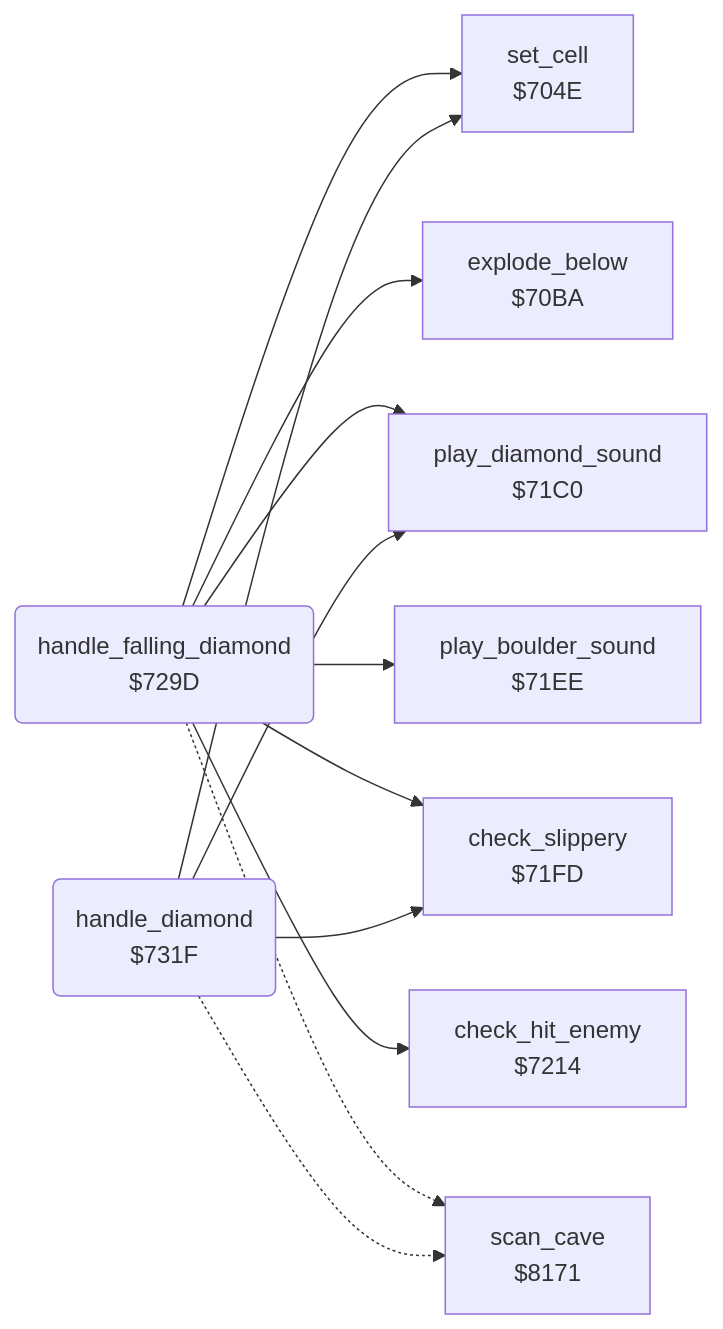
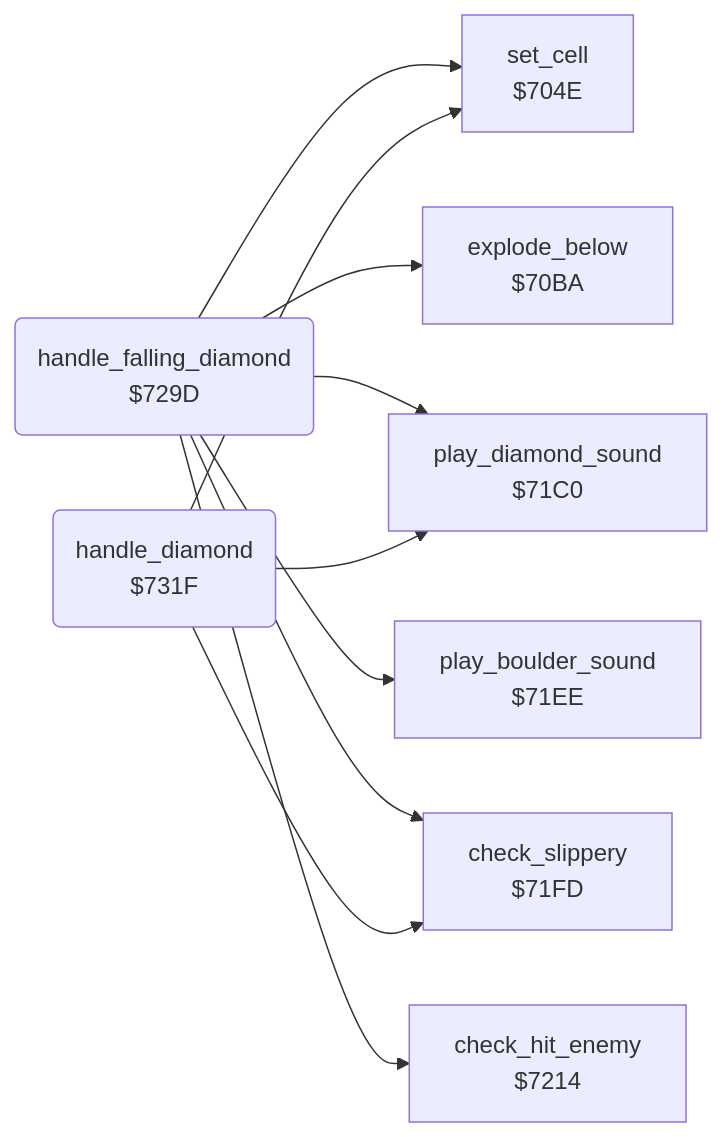
Before and after one commit to henols/c64_games: the diagram in boulder_dash/v2/docs/reference/modules/engine/diamond.md, drawn with Mermaid. The commit also changed other lines of this file and 1100 other files, not shown here.

````diff
--- a/boulder_dash/v2/docs/reference/modules/engine/diamond.md
+++ b/boulder_dash/v2/docs/reference/modules/engine/diamond.md
@@ -10,23 +17,20 @@
 ```mermaid
 flowchart LR
   n704e["set_cell<br/>$704E"]
   n70ba["explode_below<br/>$70BA"]
   n71c0["play_diamond_sound<br/>$71C0"]
   n71ee["play_boulder_sound<br/>$71EE"]
   n71fd["check_slippery<br/>$71FD"]
   n7214["check_hit_enemy<br/>$7214"]
   n729d("handle_falling_diamond<br/>$729D")
   n731f("handle_diamond<br/>$731F")
-  n8171["scan_cave<br/>$8171"]
   n729d --> n704e
   n729d --> n70ba
   n729d --> n71c0
   n729d --> n71ee
   n729d --> n71fd
   n729d --> n7214
-  n729d -.-> n8171
   n731f --> n704e
   n731f --> n71c0
   n731f --> n71fd
-  n731f -.-> n8171
 ```
````
